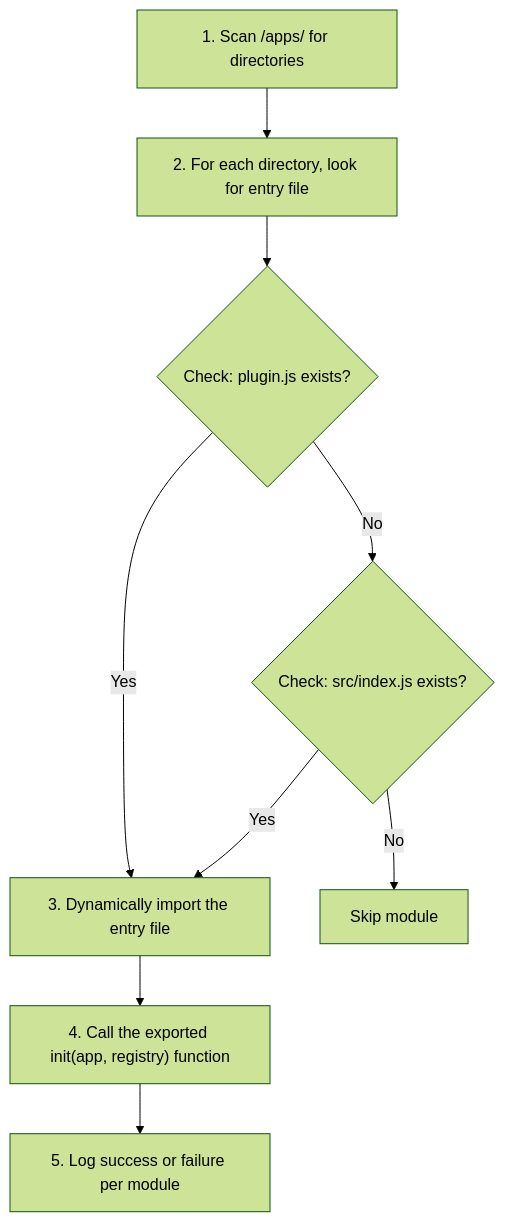
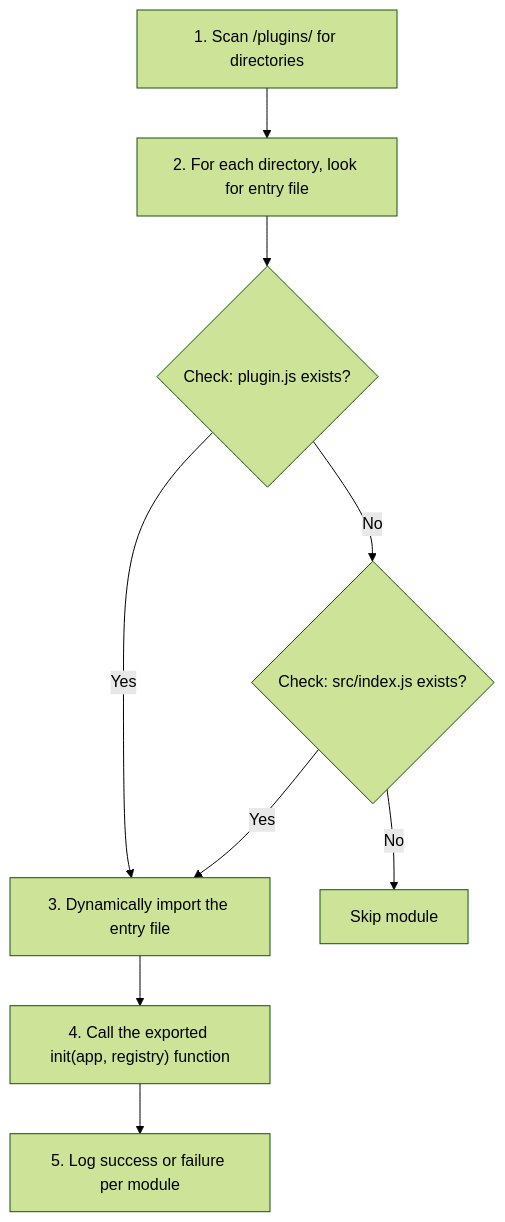
Before and after one commit to NITRR-Official/CampusOS: the diagram in docs/architecture/PLUGIN_SYSTEM.md, drawn with Mermaid (forest theme). The commit also changed other lines of this file and 16 other files, not shown here.

````diff
--- a/docs/architecture/PLUGIN_SYSTEM.md
+++ b/docs/architecture/PLUGIN_SYSTEM.md
@@ -9,12 +9,12 @@
 ```mermaid
 flowchart TD
-    Scan["1. Scan /apps/ for directories"] --> ForEach["2. For each directory, look for entry file"]
+    Scan["1. Scan /plugins/ for directories"] --> ForEach["2. For each directory, look for entry file"]
     ForEach --> Check1{"Check: plugin.js exists?"}
     Check1 -- Yes --> Import["3. Dynamically import the entry file"]
     Check1 -- No --> Check2{"Check: src/index.js exists?"}
     Check2 -- Yes --> Import
     Check2 -- No --> Fail["Skip module"]
 
     Import --> Init["4. Call the exported init(app, registry) function"]
     Init --> Log["5. Log success or failure per module"]
 ```
````
